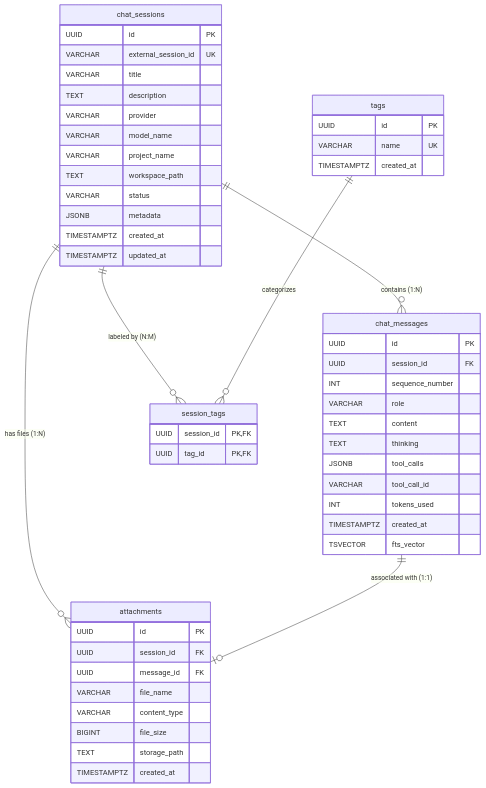
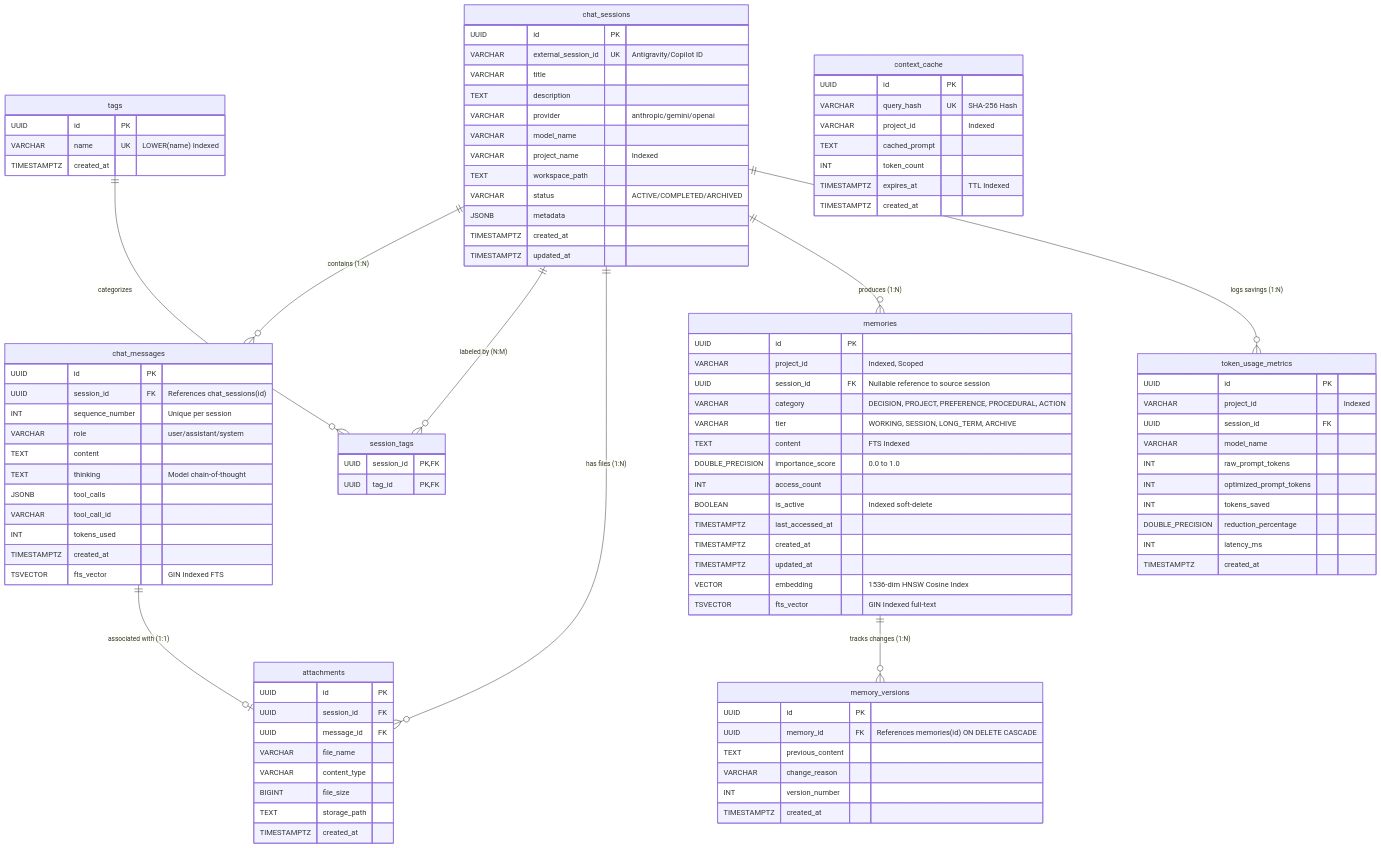
One commit to livejpsingh/ai-session-vault changed the sixth of 7 diagrams in docs/ARCHITECTURE.md. Above: the diagram before and after it, drawn with Mermaid. The commit also changed other lines of this file, not shown here.

Commit message:
docs: update system architecture with HLD, LLD, sequence and ER diagrams

````diff
--- a/docs/ARCHITECTURE.md
+++ b/docs/ARCHITECTURE.md
@@ -116,16 +468,20 @@
     chat_sessions ||--o{ attachments : "has files (1:N)"
     chat_messages ||--o| attachments : "associated with (1:1)"
 
+    chat_sessions ||--o{ memories : "produces (1:N)"
+    memories ||--o{ memory_versions : "tracks changes (1:N)"
+    chat_sessions ||--o{ token_usage_metrics : "logs savings (1:N)"
+
     chat_sessions {
         UUID id PK
-        VARCHAR external_session_id UK
+        VARCHAR external_session_id UK "Antigravity/Copilot ID"
         VARCHAR title
         TEXT description
-        VARCHAR provider
+        VARCHAR provider "anthropic/gemini/openai"
         VARCHAR model_name
-        VARCHAR project_name
+        VARCHAR project_name "Indexed"
         TEXT workspace_path
-        VARCHAR status
+        VARCHAR status "ACTIVE/COMPLETED/ARCHIVED"
         JSONB metadata
         TIMESTAMPTZ created_at
         TIMESTAMPTZ updated_at
@@ -133,21 +489,21 @@
 
     chat_messages {
         UUID id PK
-        UUID session_id FK
-        INT sequence_number
-        VARCHAR role
+        UUID session_id FK "References chat_sessions(id)"
+        INT sequence_number "Unique per session"
+        VARCHAR role "user/assistant/system"
         TEXT content
-        TEXT thinking
+        TEXT thinking "Model chain-of-thought"
         JSONB tool_calls
         VARCHAR tool_call_id
         INT tokens_used
         TIMESTAMPTZ created_at
-        TSVECTOR fts_vector
+        TSVECTOR fts_vector "GIN Indexed FTS"
     }
 
     tags {
         UUID id PK
-        VARCHAR name UK
+        VARCHAR name UK "LOWER(name) Indexed"
         TIMESTAMPTZ created_at
     }
 
@@ -166,4 +522,53 @@
         TEXT storage_path
         TIMESTAMPTZ created_at
     }
+
+    memories {
+        UUID id PK
+        VARCHAR project_id "Indexed, Scoped"
+        UUID session_id FK "Nullable reference to source session"
+        VARCHAR category "DECISION, PROJECT, PREFERENCE, PROCEDURAL, ACTION"
+        VARCHAR tier "WORKING, SESSION, LONG_TERM, ARCHIVE"
+        TEXT content "FTS Indexed"
+        DOUBLE_PRECISION importance_score "0.0 to 1.0"
+        INT access_count
+        BOOLEAN is_active "Indexed soft-delete"
+        TIMESTAMPTZ last_accessed_at
+        TIMESTAMPTZ created_at
+        TIMESTAMPTZ updated_at
+        VECTOR embedding "1536-dim HNSW Cosine Index"
+        TSVECTOR fts_vector "GIN Indexed full-text"
+    }
+
+    memory_versions {
+        UUID id PK
+        UUID memory_id FK "References memories(id) ON DELETE CASCADE"
+        TEXT previous_content
+        VARCHAR change_reason
+        INT version_number
+        TIMESTAMPTZ created_at
+    }
+
+    token_usage_metrics {
+        UUID id PK
+        VARCHAR project_id "Indexed"
+        UUID session_id FK
+        VARCHAR model_name
+        INT raw_prompt_tokens
+        INT optimized_prompt_tokens
+        INT tokens_saved
+        DOUBLE_PRECISION reduction_percentage
+        INT latency_ms
+        TIMESTAMPTZ created_at
+    }
+
+    context_cache {
+        UUID id PK
+        VARCHAR query_hash UK "SHA-256 Hash"
+        VARCHAR project_id "Indexed"
+        TEXT cached_prompt
+        INT token_count
+        TIMESTAMPTZ expires_at "TTL Indexed"
+        TIMESTAMPTZ created_at
+    }
 ```
````
